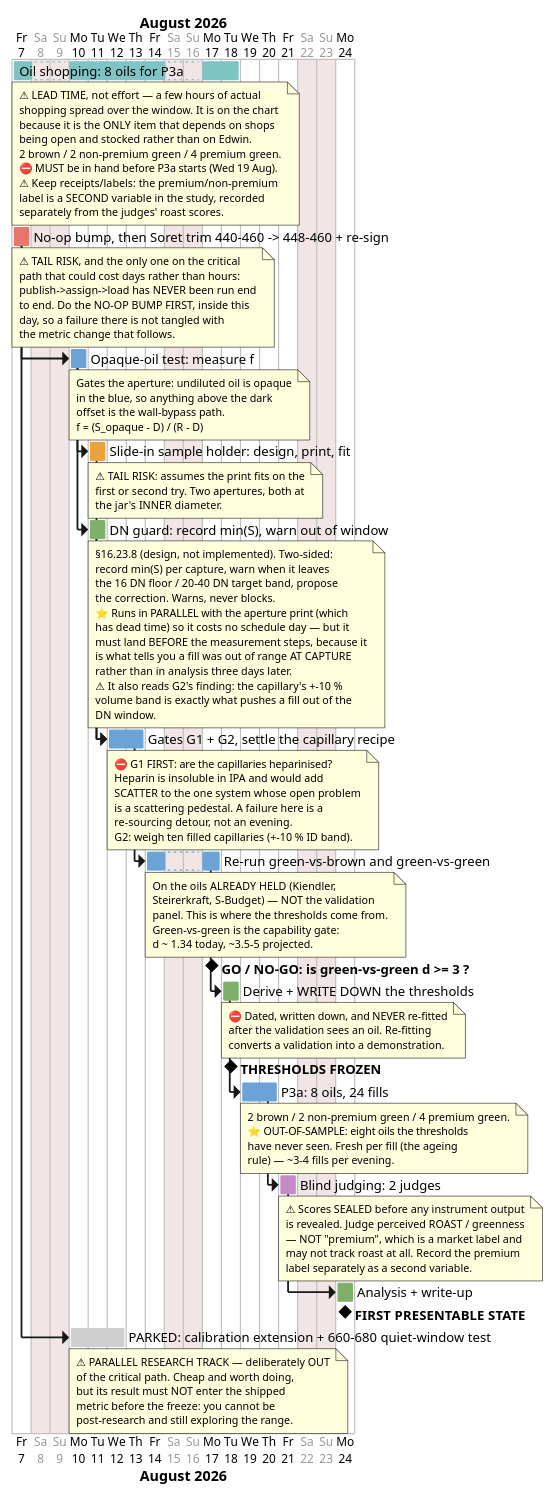
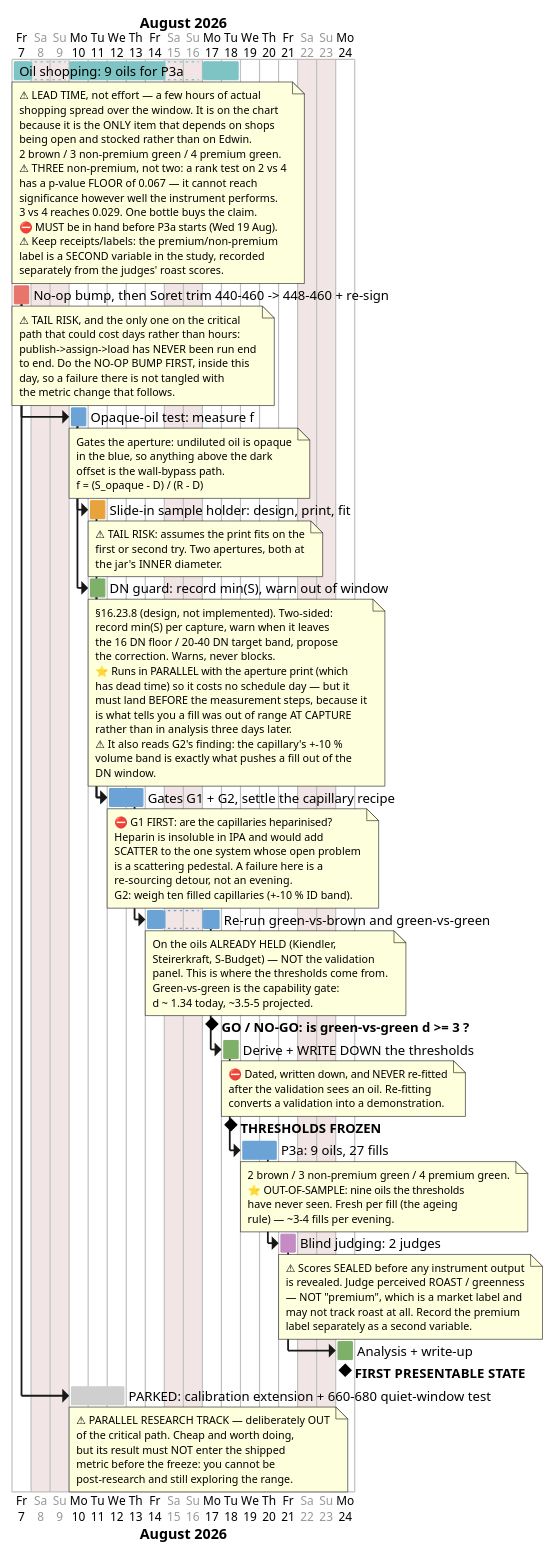
Before and after one commit to nidwe72/spectracs-docs: the diagram in first_presentable_state.puml, drawn with PlantUML. The commit also changed 2 other files, not shown here.

Commit message:
Roadmap + Gantt: P3a panel to 9 oils, 3 non-premium vs 4 premium
The p-value floor table and why one bottle changes the study from
undefendable to defendable, plus the green-vs-green error rates that say the
within-green result has to be presented as a ranking with a confidence
rather than a second badge.

```diff
--- a/first_presentable_state.puml
+++ b/first_presentable_state.puml
@@ -1,184 +1,188 @@
 @startgantt first_presentable_state
 ' Spectracs — the FIRST PRESENTABLE STATE milestone, as a schedule.
 ' Companion to spectracsPy/docs/SPEC_first_presentable_state.md (the prose spec) and ROADMAP.md
 ' (the working backlog, where these appear as NEXT TASK / PRIO 1 / PRIO 2 / PRIO 3a).
 '
 ' The point this surfaces: the path from "the metric still moves" to "the metric and its thresholds are
 ' FROZEN, validated out-of-sample, and presentable to a lab owner" is ~10-12 working days, and only two
 ' items on it carry a real tail. Everything is sequential because each step's output is the next step's
 ' input: the aperture changes the optical path, so the capillary runs must come after it; the thresholds
 ' are derived from the capillary corpus, so they must be frozen before the validation sees any oil.
 '
 ' Durations are EDWIN's estimates (2026-08-06), from his own bench pace, and sum to 12 working days
 ' - the upper end of his 10-12 range, because a plan should not be built on the optimistic end.
 ' ⚠ Two items carry a tail (marked red/orange): the never-rig-verified publish path and the print fit.
 ' Budget 13-15 days if either fights back. Effort-days, not calendar.
 ' Regenerate: java -jar plantuml.jar -tsvg first_presentable_state.puml
 
 printscale daily
 saturday are closed
 sunday are closed
 
 ' Start = TOMORROW (this was written 2026-08-06, a Thursday).
 Project starts the 7th of August 2026
 
 ' ── colours ───────────────────────────────────────────────────────────────────────
 ' green  = software / desk       blue = bench measurement
 ' orange = build / fabrication   red  = carries a tail risk
 <style>
 ganttDiagram {
   task {
     FontName Verdana
     FontSize 11
   }
   milestone {
     FontSize 11
     FontStyle bold
   }
 }
 </style>
 
 ' ── PARALLEL: the only item that depends on anyone but Edwin ──────────────────────
-[Oil shopping: 8 oils for P3a] as [SHOP] lasts 8 days
+[Oil shopping: 9 oils for P3a] as [SHOP] lasts 8 days
 [SHOP] is colored in #7EC4C4
 note bottom
   ⚠ LEAD TIME, not effort — a few hours of actual
   shopping spread over the window. It is on the chart
   because it is the ONLY item that depends on shops
   being open and stocked rather than on Edwin.
-  2 brown / 2 non-premium green / 4 premium green.
+  2 brown / 3 non-premium green / 4 premium green.
+  ⚠ THREE non-premium, not two: a rank test on 2 vs 4
+  has a p-value FLOOR of 0.067 — it cannot reach
+  significance however well the instrument performs.
+  3 vs 4 reaches 0.029. One bottle buys the claim.
   ⛔ MUST be in hand before P3a starts (Wed 19 Aug).
   ⚠ Keep receipts/labels: the premium/non-premium
   label is a SECOND variable in the study, recorded
   separately from the judges' roast scores.
 end note
 
 ' ── 0 · unblock the plugin path ───────────────────────────────────────────────────
 [No-op bump, then Soret trim 440-460 -> 448-460 + re-sign] as [TRIM] lasts 1 day
 [TRIM] is colored in #E8756B
 note bottom
   ⚠ TAIL RISK, and the only one on the critical
   path that could cost days rather than hours:
   publish->assign->load has NEVER been run end
   to end. Do the NO-OP BUMP FIRST, inside this
   day, so a failure there is not tangled with
   the metric change that follows.
 end note
 
 ' ── 1 · the sample path ───────────────────────────────────────────────────────────
 [Opaque-oil test: measure f] as [FTEST] lasts 1 day
 [FTEST] starts at [TRIM]'s end
 [FTEST] is colored in #6BA3D6
 note bottom
   Gates the aperture: undiluted oil is opaque
   in the blue, so anything above the dark
   offset is the wall-bypass path.
   f = (S_opaque - D) / (R - D)
 end note
 
 [Slide-in sample holder: design, print, fit] as [APERTURE] lasts 1 day
 [APERTURE] starts at [FTEST]'s end
 [APERTURE] is colored in #E8A33D
 note bottom
   ⚠ TAIL RISK: assumes the print fits on the
   first or second try. Two apertures, both at
   the jar's INNER diameter.
 end note
 
 [DN guard: record min(S), warn out of window] as [DNGUARD] lasts 1 day
 [DNGUARD] starts at [FTEST]'s end
 [DNGUARD] is colored in #7FB069
 note bottom
   §16.23.8 (design, not implemented). Two-sided:
   record min(S) per capture, warn when it leaves
   the 16 DN floor / 20-40 DN target band, propose
   the correction. Warns, never blocks.
   ⭐ Runs in PARALLEL with the aperture print (which
   has dead time) so it costs no schedule day — but it
   must land BEFORE the measurement steps, because it
   is what tells you a fill was out of range AT CAPTURE
   rather than in analysis three days later.
   ⚠ It also reads G2's finding: the capillary's +-10 %
   volume band is exactly what pushes a fill out of the
   DN window.
 end note
 
 ' ── 2 · the preparation path ──────────────────────────────────────────────────────
 [Gates G1 + G2, settle the capillary recipe] as [GATES] lasts 2 days
 [GATES] starts at [APERTURE]'s end
 [GATES] starts at [DNGUARD]'s end
 [GATES] is colored in #6BA3D6
 note bottom
   ⛔ G1 FIRST: are the capillaries heparinised?
   Heparin is insoluble in IPA and would add
   SCATTER to the one system whose open problem
   is a scattering pedestal. A failure here is a
   re-sourcing detour, not an evening.
   G2: weigh ten filled capillaries (+-10 % ID band).
 end note
 
 [Re-run green-vs-brown and green-vs-green] as [RERUN] lasts 2 days
 [RERUN] starts at [GATES]'s end
 [RERUN] is colored in #6BA3D6
 note bottom
   On the oils ALREADY HELD (Kiendler,
   Steirerkraft, S-Budget) — NOT the validation
   panel. This is where the thresholds come from.
   Green-vs-green is the capability gate:
   d ~ 1.34 today, ~3.5-5 projected.
 end note
 
 [GO / NO-GO: is green-vs-green d >= 3 ?] as [GONOGO] happens at [RERUN]'s end
 
 ' ── 3 · freeze, then validate out-of-sample ───────────────────────────────────────
 [Derive + WRITE DOWN the thresholds] as [FREEZE] lasts 1 day
 [FREEZE] starts at [RERUN]'s end
 [FREEZE] is colored in #7FB069
 note bottom
   ⛔ Dated, written down, and NEVER re-fitted
   after the validation sees an oil. Re-fitting
   converts a validation into a demonstration.
 end note
 
 [THRESHOLDS FROZEN] as [FROZEN] happens at [FREEZE]'s end
 
-[P3a: 8 oils, 24 fills] as [P3AMEAS] lasts 2 days
+[P3a: 9 oils, 27 fills] as [P3AMEAS] lasts 2 days
 [P3AMEAS] starts at [FREEZE]'s end
 [P3AMEAS] is colored in #6BA3D6
 note bottom
-  2 brown / 2 non-premium green / 4 premium green.
-  ⭐ OUT-OF-SAMPLE: eight oils the thresholds
+  2 brown / 3 non-premium green / 4 premium green.
+  ⭐ OUT-OF-SAMPLE: nine oils the thresholds
   have never seen. Fresh per fill (the ageing
   rule) — ~3-4 fills per evening.
 end note
 
 [Blind judging: 2 judges] as [JUDGE] lasts 1 day
 [JUDGE] starts at [P3AMEAS]'s end
 [JUDGE] is colored in #C58BC5
 note bottom
   ⚠ Scores SEALED before any instrument output
   is revealed. Judge perceived ROAST / greenness
   — NOT "premium", which is a market label and
   may not track roast at all. Record the premium
   label separately as a second variable.
 end note
 
 [Analysis + write-up] as [WRITEUP] lasts 1 day
 [WRITEUP] starts at [JUDGE]'s end
 [WRITEUP] is colored in #7FB069
 
 [FIRST PRESENTABLE STATE] as [PRESENT] happens at [WRITEUP]'s end
 
 ' ── the parked research track ─────────────────────────────────────────────────────
 [PARKED: calibration extension + 660-680 quiet-window test] as [PARKED] lasts 3 days
 [PARKED] starts at [TRIM]'s end
 [PARKED] is colored in #CFCFCF
 note bottom
   ⚠ PARALLEL RESEARCH TRACK — deliberately OUT
   of the critical path. Cheap and worth doing,
   but its result must NOT enter the shipped
   metric before the freeze: you cannot be
   post-research and still exploring the range.
 end note
 
 @endgantt
```
